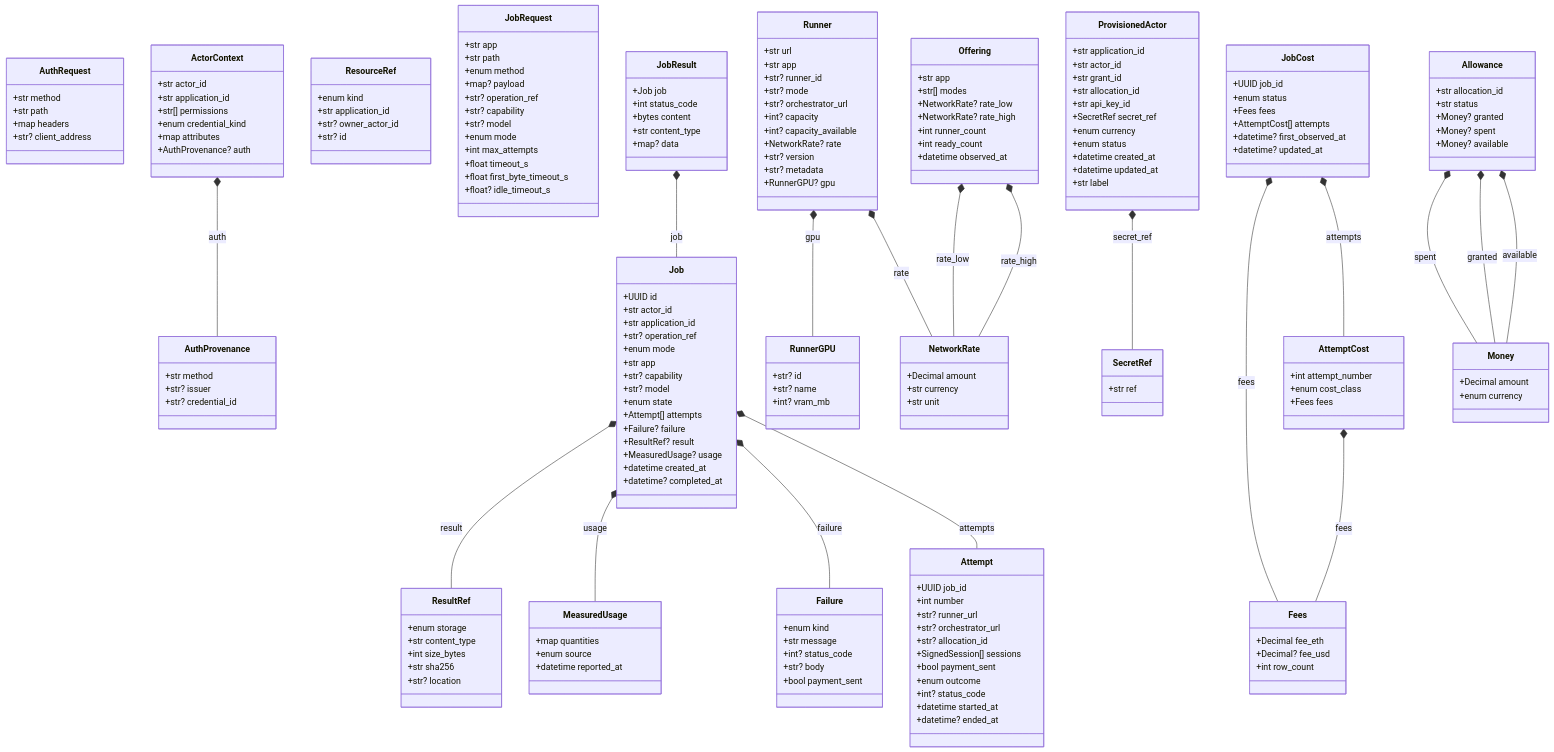
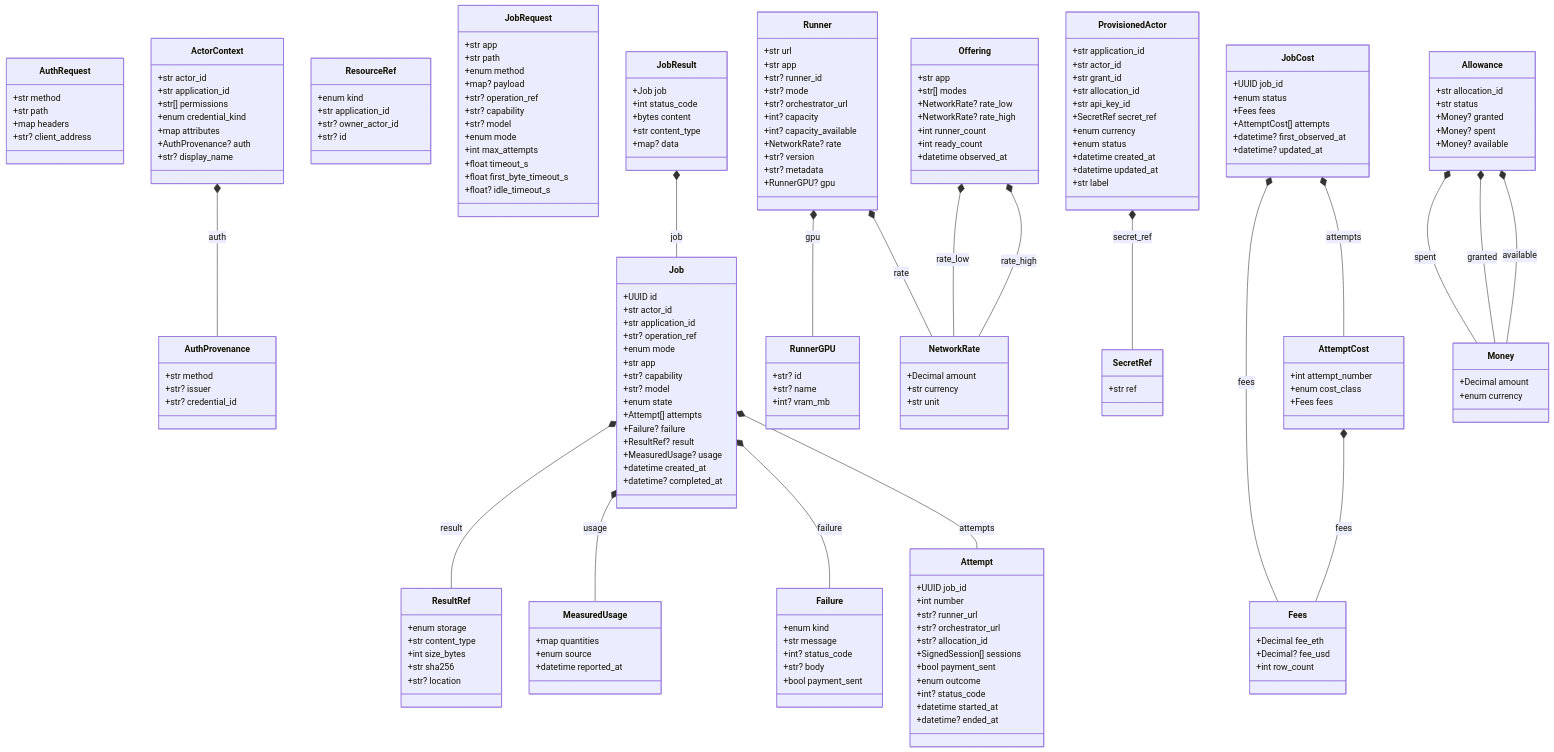
The diagram in docs/generated/contracts.md (NE-Build-Track/livepeer-builder-core), drawn with Mermaid before and after one commit. The commit also changed 30 other files, not shown here.

```diff
--- a/docs/generated/contracts.md
+++ b/docs/generated/contracts.md
@@ -19,6 +19,7 @@
         +enum credential_kind
         +map attributes
         +AuthProvenance? auth
+        +str? display_name
     }
     class AuthProvenance {
         +str method
```
